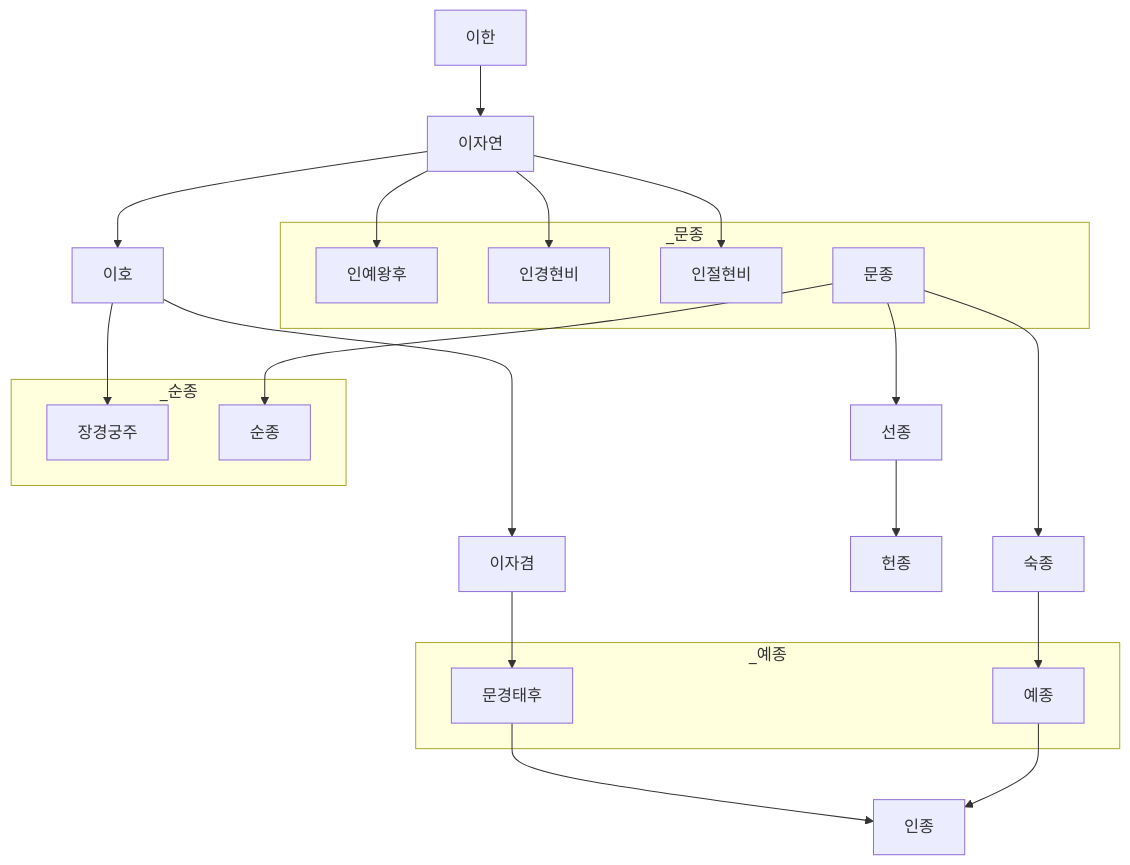
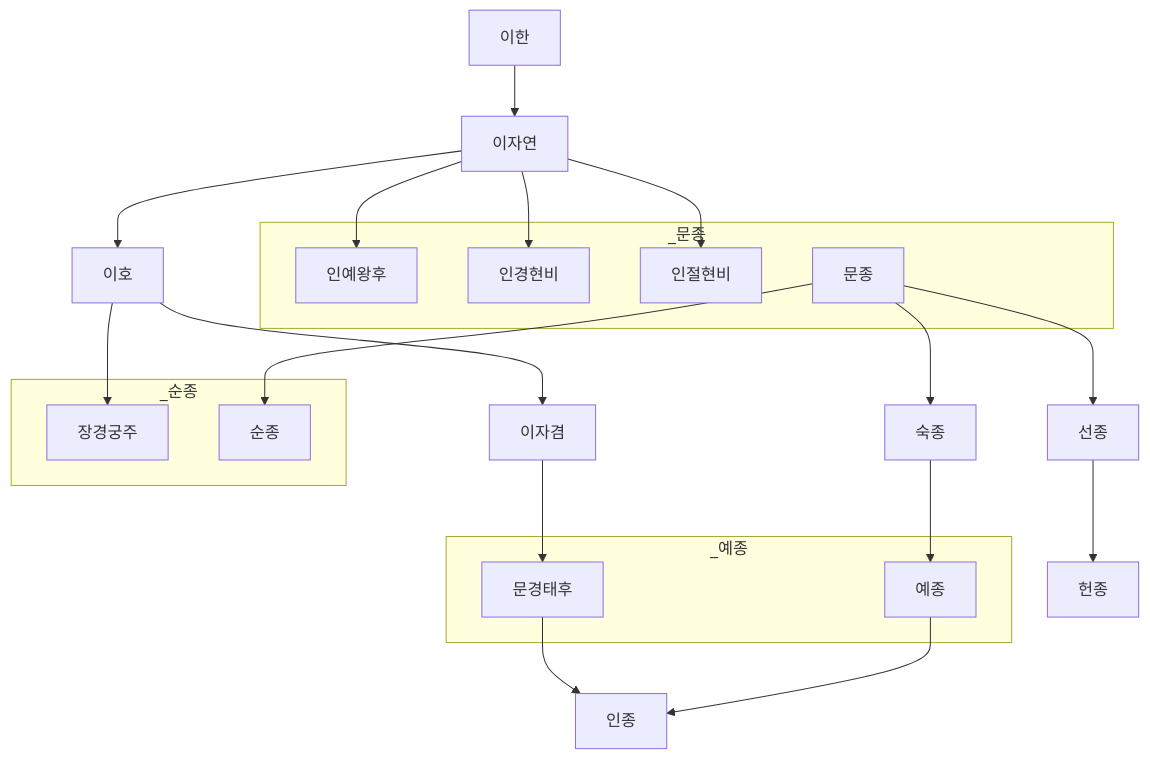
The diagram in 한국사/이자겸중심.md (daewonyoon/historigram), drawn with Mermaid before and after one commit.

Commit message:
이자겸

````diff
--- a/한국사/이자겸중심.md
+++ b/한국사/이자겸중심.md
@@ -2,35 +2,35 @@
 ```mermaid
 graph TD
 
 
 
     이자연 --> 인예왕후
     이자연 --> 인경현비
     이자연 --> 인절현비
     subgraph _문종
     문종
     인예왕후
     인경현비
     인절현비
     end
 
     이한 --> 이자연 --> 이호 --> 이자겸 --> 문경태후
     이호 --> 장경궁주
 
     문종 --> 순종
     문종 --> 선종 --> 헌종
-    문종 ---> 숙종 --> 예종
+    문종 --> 숙종 --> 예종
 
     subgraph _순종
     순종
     장경궁주
     end
     
     subgraph _예종
     예종
     문경태후
     end
 
     예종 --> 인종
     문경태후 --> 인종
 ```
````
